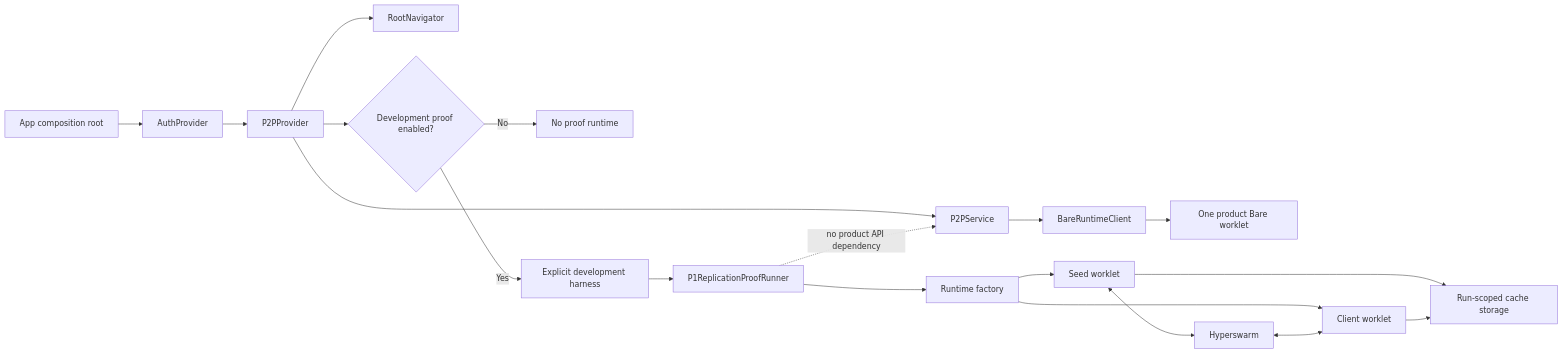
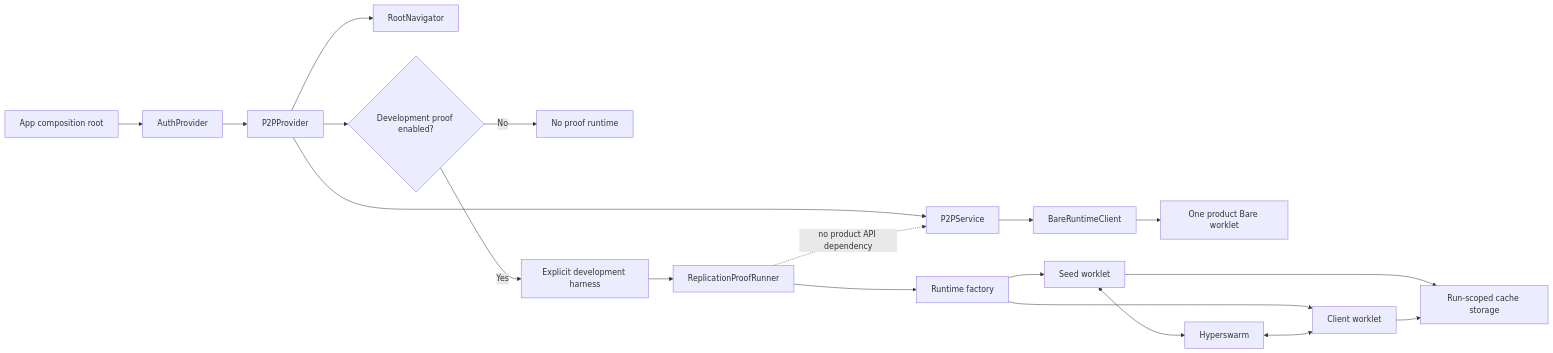
The diagram in docs/adr/ADR-043-mobile-p2p-runtime-ownership-and-proof-isolation.md (krukmat/dubbridge), drawn with Mermaid before and after one commit. The commit also changed other lines of this file and 20 other files, not shown here.

````diff
--- a/docs/adr/ADR-043-mobile-p2p-runtime-ownership-and-proof-isolation.md
+++ b/docs/adr/ADR-043-mobile-p2p-runtime-ownership-and-proof-isolation.md
@@ -142,23 +142,23 @@
 ```mermaid
 flowchart LR
   A[App composition root] --> AU[AuthProvider]
   AU --> PP[P2PProvider]
   PP --> RN[RootNavigator]
   PP --> PS[P2PService]
   PS --> RC[BareRuntimeClient]
   RC --> BW[One product Bare worklet]
 
   PP --> DG{Development proof enabled?}
   DG -->|No| IDLE[No proof runtime]
   DG -->|Yes| DH[Explicit development harness]
-  DH --> PR[P1ReplicationProofRunner]
+  DH --> PR[ReplicationProofRunner]
   PR --> RF[Runtime factory]
   RF --> SW[Seed worklet]
   RF --> CW[Client worklet]
   SW <--> HS[Hyperswarm]
   HS <--> CW
   SW --> TS[Run-scoped cache storage]
   CW --> TS
 
   PR -. no product API dependency .-> PS
 ```
````
